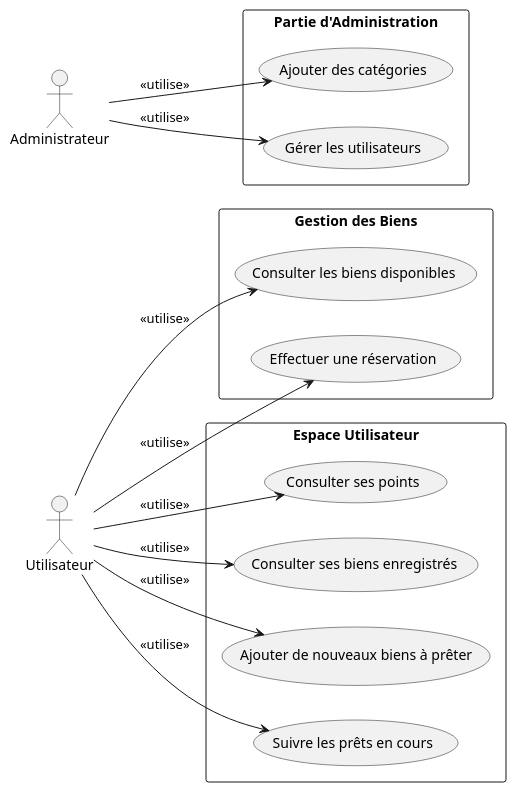
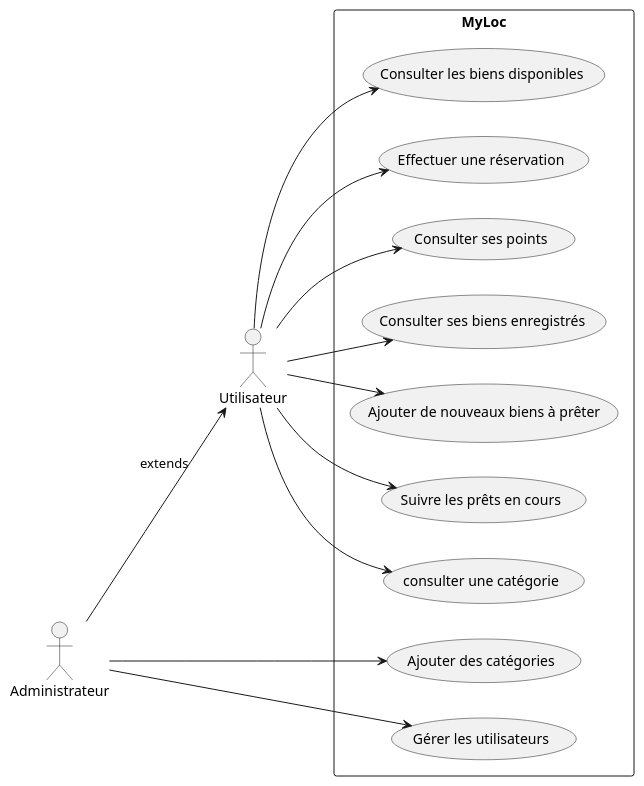
Before and after one commit to matt90800/ECF_tools: the diagram in conception/usecase.puml, drawn with PlantUML. The commit also changed 10 other files, not shown here.

Commit message:
api reservation ok, script JS à produire pour la vue, partie admin à terminer

```diff
--- a/conception/usecase.puml
+++ b/conception/usecase.puml
@@ -1,34 +1,38 @@
 @startuml
 
 left to right direction
 
 actor Utilisateur as User
 actor Administrateur as Admin
 
-rectangle "Gestion des Biens" {
-  usecase "Consulter les biens disponibles" as UC1
-  usecase "Effectuer une réservation" as UC2
+rectangle MyLoc {
+      usecase "Consulter les biens disponibles" as UC1
+      usecase "Effectuer une réservation" as UC2
+
+
+
+      usecase "Consulter ses points" as UC3
+      usecase "Consulter ses biens enregistrés" as UC4
+      usecase "Ajouter de nouveaux biens à prêter" as UC5
+      usecase "Suivre les prêts en cours" as UC6
+      usecase "consulter une catégorie" as UC7
+      usecase "Ajouter des catégories" as AC1
+      usecase "Gérer les utilisateurs" as AC2
+
+
+
+
 }
+User --> UC1
+User --> UC2
+User --> UC3
+User --> UC4
+User --> UC5
+User --> UC6
+User --> UC7
+Admin --> AC1
+Admin --> AC2
 
-rectangle "Espace Utilisateur" {
-  usecase "Consulter ses points" as UC3
-  usecase "Consulter ses biens enregistrés" as UC4
-  usecase "Ajouter de nouveaux biens à prêter" as UC5
-  usecase "Suivre les prêts en cours" as UC6
-}
-
-rectangle "Partie d'Administration" {
-  usecase "Ajouter des catégories" as UC7
-  usecase "Gérer les utilisateurs" as UC8
-}
-
-User --> UC1 : <<utilise>>
-User --> UC2 : <<utilise>>
-User --> UC3 : <<utilise>>
-User --> UC4 : <<utilise>>
-User --> UC5 : <<utilise>>
-User --> UC6 : <<utilise>>
-Admin --> UC7 : <<utilise>>
-Admin --> UC8 : <<utilise>>
+Admin --> User:extends
 
 @enduml
```
